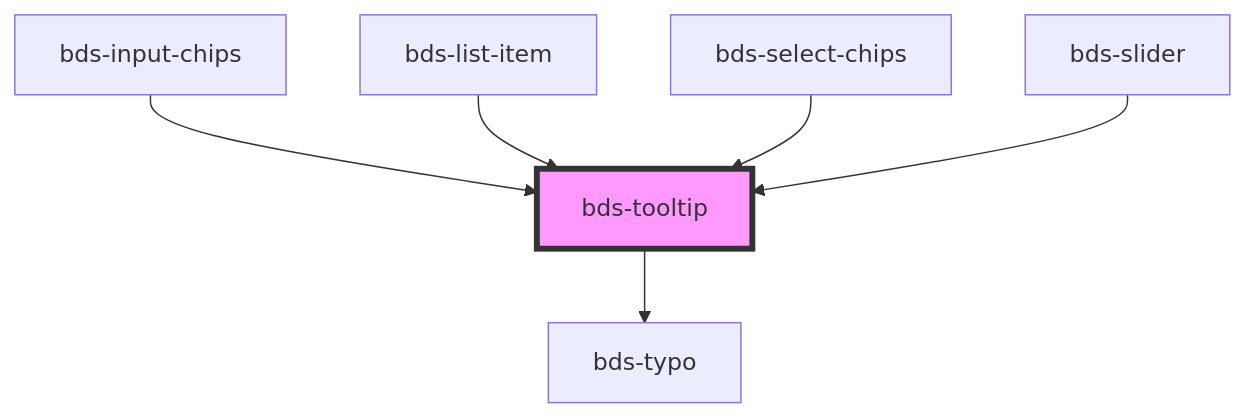
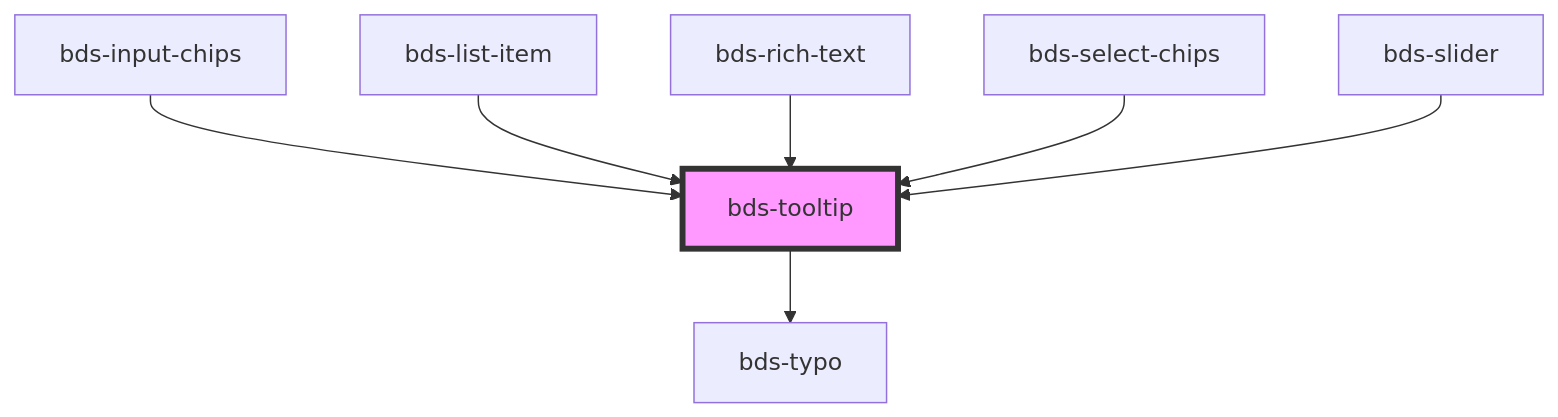
The diagram in src/components/tooltip/readme.md (takenet/blip-ds), drawn with Mermaid before and after one commit. The commit also changed other lines of this file and 20 other files, not shown here.

Commit message:
feat(rich-text): new component Rich Text

````diff
--- a/src/components/tooltip/readme.md
+++ b/src/components/tooltip/readme.md
@@ -56,9 +57,10 @@
 ```mermaid
 graph TD;
   bds-tooltip --> bds-typo
   bds-input-chips --> bds-tooltip
   bds-list-item --> bds-tooltip
+  bds-rich-text --> bds-tooltip
   bds-select-chips --> bds-tooltip
   bds-slider --> bds-tooltip
   style bds-tooltip fill:#f9f,stroke:#333,stroke-width:4px
 ```
````
